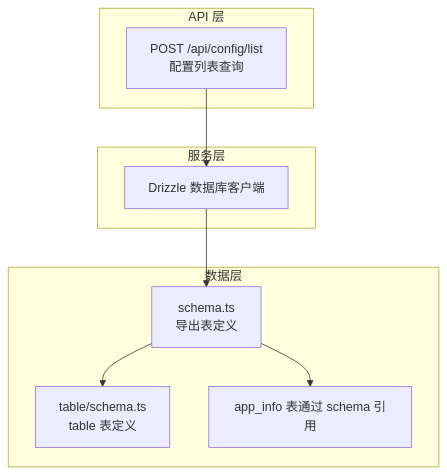
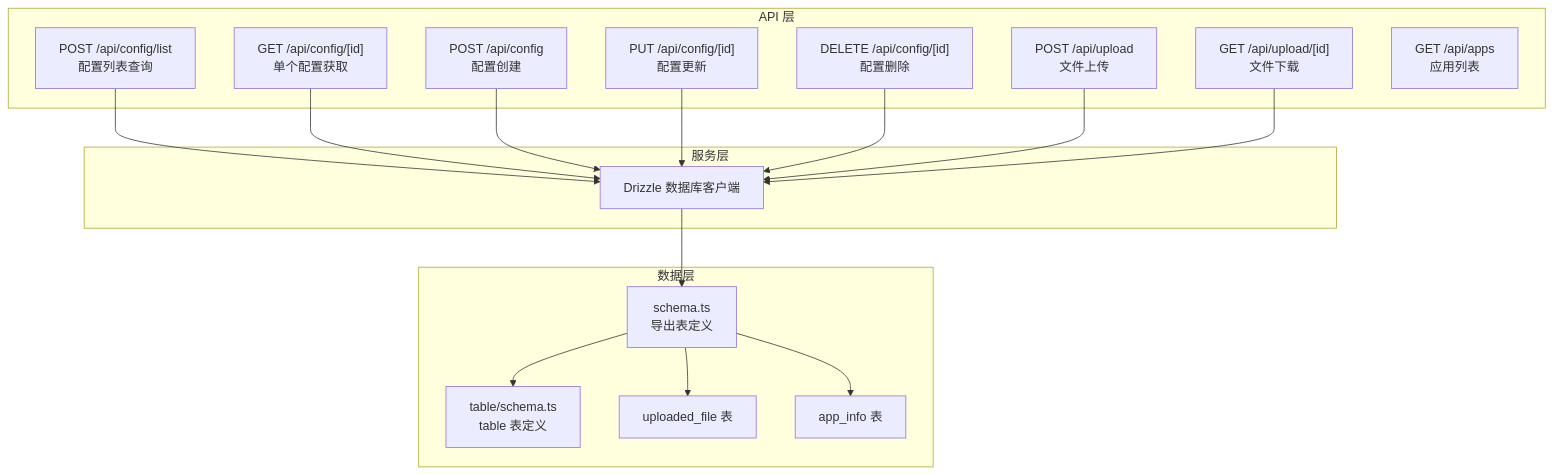
Before and after one commit to HAOFUYANG/nextjs-admin: the first of 5 diagrams in .qoder/repowiki/zh/content/数据库集成/API 接口设计/配置管理 API.md, drawn with Mermaid. The commit also changed other lines of this file and 15 other files, not shown here.

````diff
--- a/.qoder/repowiki/zh/content/数据库集成/API 接口设计/配置管理 API.md
+++ b/.qoder/repowiki/zh/content/数据库集成/API 接口设计/配置管理 API.md
@@ -35,18 +51,33 @@
 ```mermaid
 graph TB
 subgraph "API 层"
 LIST["POST /api/config/list<br/>配置列表查询"]
+GET_ID["GET /api/config/[id]<br/>单个配置获取"]
+CREATE["POST /api/config<br/>配置创建"]
+UPDATE["PUT /api/config/[id]<br/>配置更新"]
+DELETE["DELETE /api/config/[id]<br/>配置删除"]
+UPLOAD["POST /api/upload<br/>文件上传"]
+DOWNLOAD["GET /api/upload/[id]<br/>文件下载"]
+APPS["GET /api/apps<br/>应用列表"]
 end
 subgraph "服务层"
 DB["Drizzle 数据库客户端"]
 end
 subgraph "数据层"
 SCHEMA["schema.ts<br/>导出表定义"]
 TABLE_SCHEMA["table/schema.ts<br/>table 表定义"]
-APP_INFO["app_info 表通过 schema 引用"]
+UPLOADED_FILE["uploaded_file 表"]
+APP_INFO["app_info 表"]
 end
 LIST --> DB
+GET_ID --> DB
+CREATE --> DB
+UPDATE --> DB
+DELETE --> DB
+UPLOAD --> DB
+DOWNLOAD --> DB
 DB --> SCHEMA
 SCHEMA --> TABLE_SCHEMA
+SCHEMA --> UPLOADED_FILE
 SCHEMA --> APP_INFO
 ```
````
